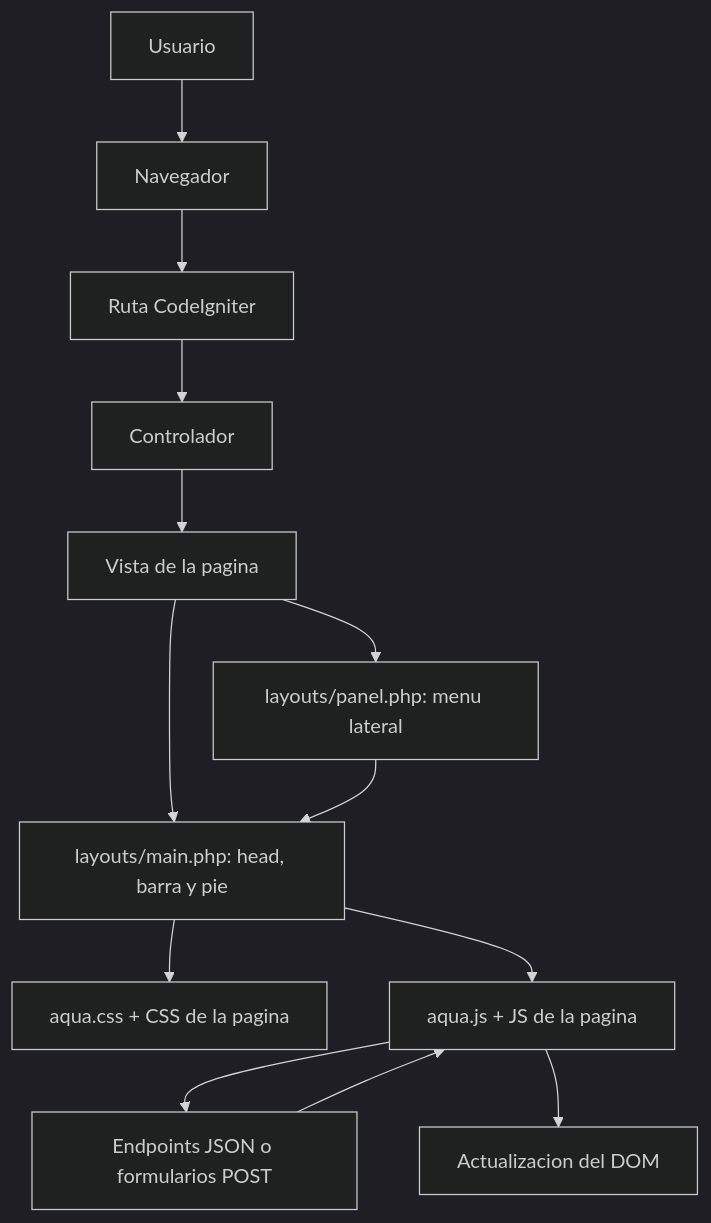
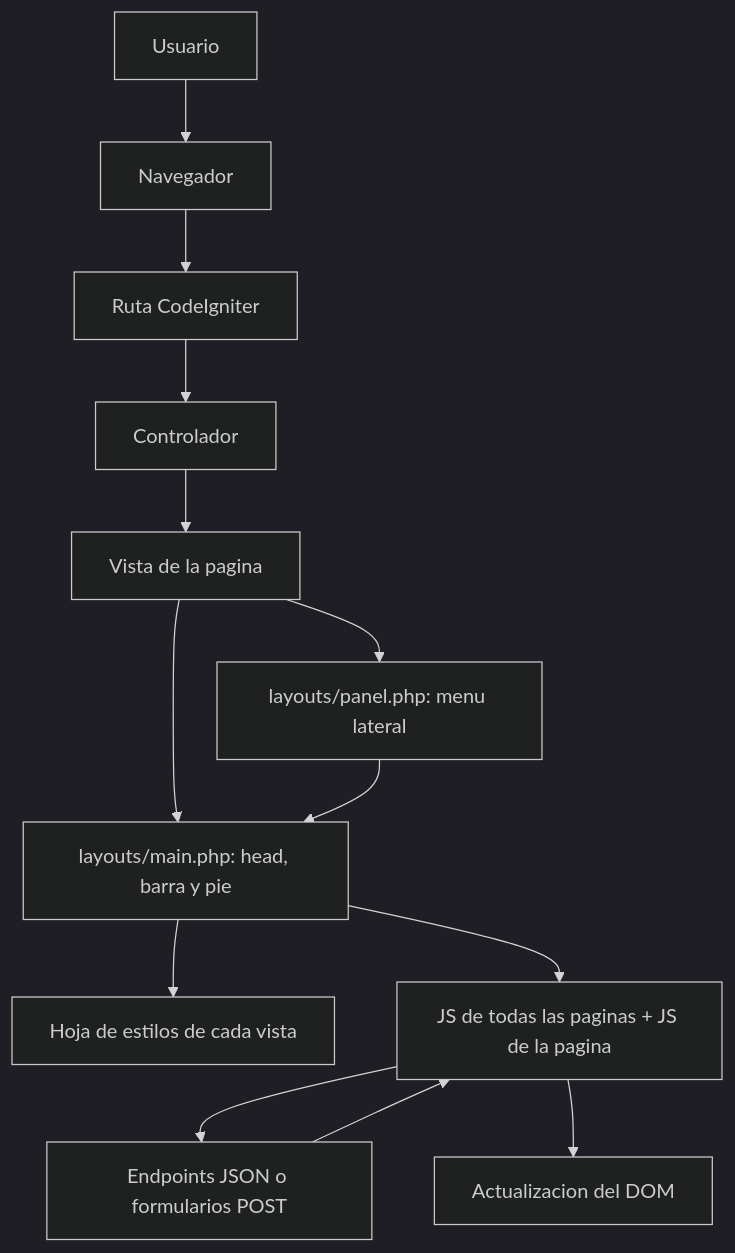
One commit to TuVieja22/AquaControl changed the first of 6 diagrams in FRONTEND_DOCUMENTACION.md. Above: the diagram before and after it, drawn with Mermaid (dark theme). The commit also changed other lines of this file and 86 other files, not shown here.

````diff
--- a/FRONTEND_DOCUMENTACION.md
+++ b/FRONTEND_DOCUMENTACION.md
@@ -32,15 +32,15 @@
 ```mermaid
 flowchart TD
     U[Usuario] --> B[Navegador]
     B --> R[Ruta CodeIgniter]
     R --> C[Controlador]
     C --> V[Vista de la pagina]
     V --> P[layouts/panel.php: menu lateral]
     V --> L[layouts/main.php: head, barra y pie]
     P --> L
-    L --> CSS[aqua.css + CSS de la pagina]
-    L --> JS[aqua.js + JS de la pagina]
+    L --> CSS[Hoja de estilos de cada vista]
+    L --> JS[JS de todas las paginas + JS de la pagina]
     JS --> API[Endpoints JSON o formularios POST]
     API --> JS
     JS --> DOM[Actualizacion del DOM]
 ```
````
